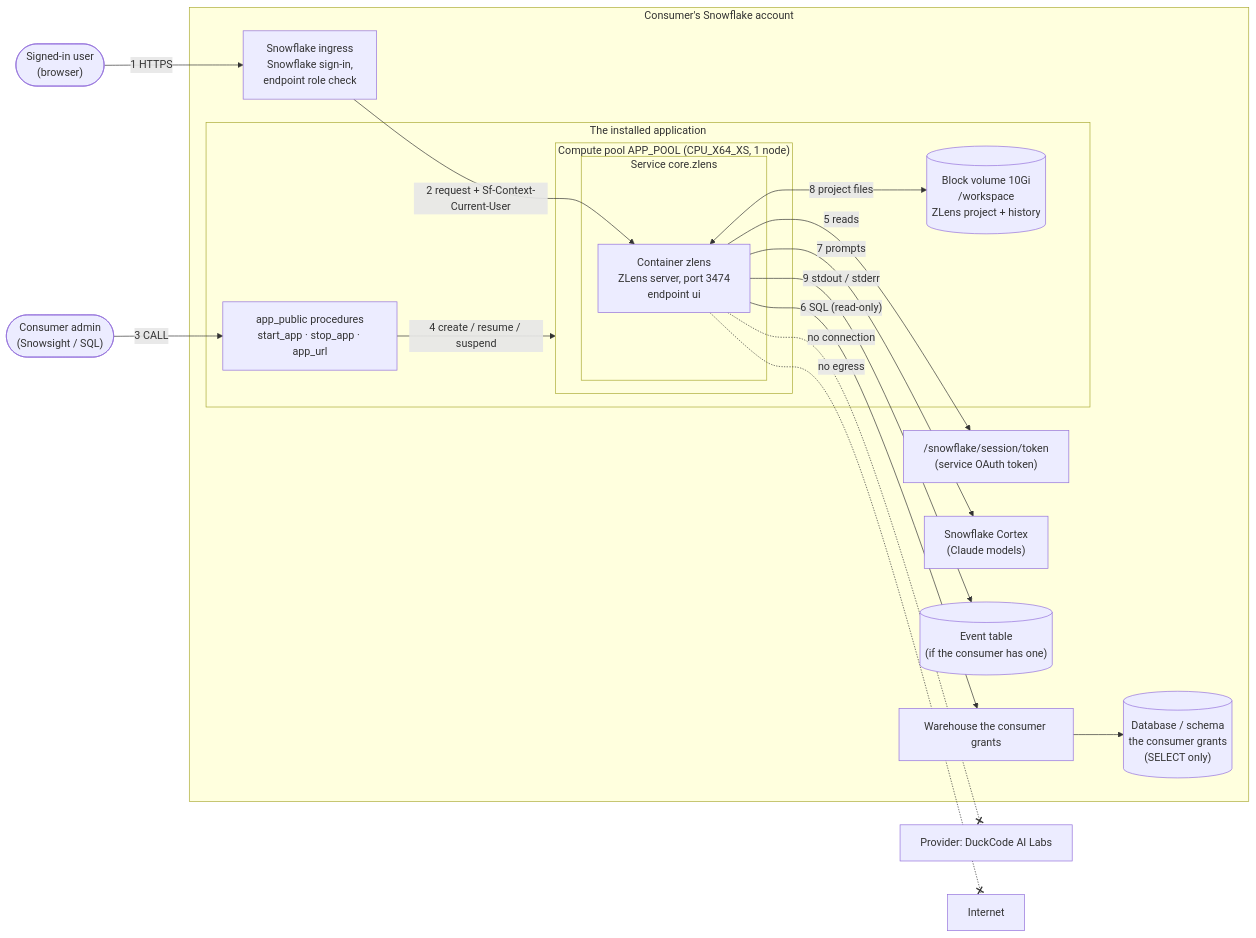
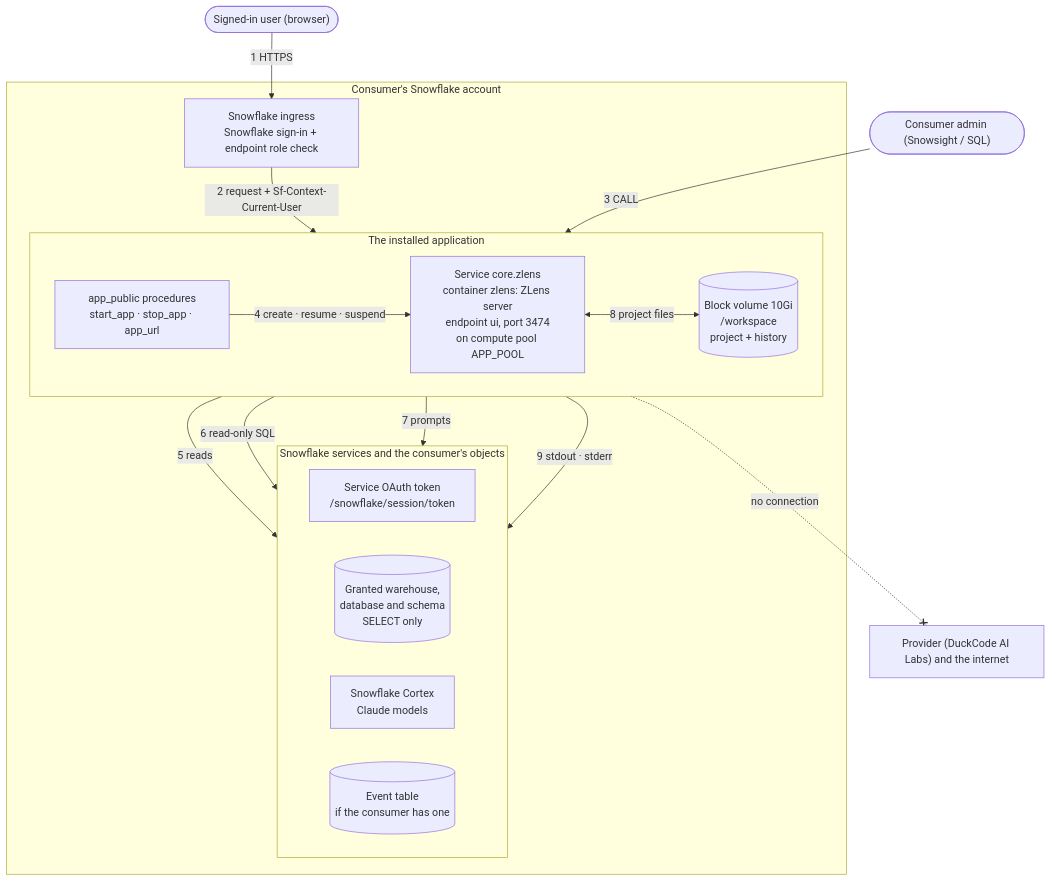
One commit to duckcode-ai-labs/zlens changed the diagram in deploy/snowflake-app/ARCHITECTURE.md. Above: the diagram before and after it, drawn with Mermaid.

Commit message:
docs(snowflake-app): top-to-bottom diagram so it stays readable at page width

````diff
--- a/deploy/snowflake-app/ARCHITECTURE.md
+++ b/deploy/snowflake-app/ARCHITECTURE.md
@@ -9,41 +9,35 @@
 ```mermaid
-flowchart LR
-  person(["Signed-in user<br/>(browser)"])
-  admin(["Consumer admin<br/>(Snowsight / SQL)"])
+flowchart TB
+  person(["Signed-in user (browser)"])
+  admin(["Consumer admin (Snowsight / SQL)"])
 
   subgraph consumer["Consumer's Snowflake account"]
-    ingress["Snowflake ingress<br/>Snowflake sign-in,<br/>endpoint role check"]
-
+    ingress["Snowflake ingress<br/>Snowflake sign-in + endpoint role check"]
     subgraph app["The installed application"]
+      direction LR
       procs["app_public procedures<br/>start_app · stop_app · app_url"]
-      subgraph pool["Compute pool APP_POOL (CPU_X64_XS, 1 node)"]
-        subgraph svc["Service core.zlens"]
-          zlens["Container zlens<br/>ZLens server, port 3474<br/>endpoint ui"]
-        end
-      end
-      volume[("Block volume 10Gi<br/>/workspace<br/>ZLens project + history")]
+      zlens["Service core.zlens<br/>container zlens: ZLens server<br/>endpoint ui, port 3474<br/>on compute pool APP_POOL"]
+      volume[("Block volume 10Gi<br/>/workspace<br/>project + history")]
     end
-
-    token["/snowflake/session/token<br/>(service OAuth token)"]
-    wh["Warehouse the consumer grants"]
-    data[("Database / schema<br/>the consumer grants<br/>(SELECT only)")]
-    cortex["Snowflake Cortex<br/>(Claude models)"]
-    events[("Event table<br/>(if the consumer has one)")]
+    subgraph objects["Snowflake services and the consumer's objects"]
+      direction LR
+      token["Service OAuth token<br/>/snowflake/session/token"]
+      data[("Granted warehouse,<br/>database and schema<br/>SELECT only")]
+      cortex["Snowflake Cortex<br/>Claude models"]
+      events[("Event table<br/>if the consumer has one")]
+    end
   end
 
-  provider["Provider: DuckCode AI Labs"]
-  internet["Internet"]
+  outside["Provider (DuckCode AI Labs) and the internet"]
 
   person -- "1 HTTPS" --> ingress
   ingress -- "2 request + Sf-Context-Current-User" --> zlens
   admin -- "3 CALL" --> procs
-  procs -- "4 create / resume / suspend" --> pool
+  procs -- "4 create · resume · suspend" --> zlens
   zlens -- "5 reads" --> token
-  zlens -- "6 SQL (read-only)" --> wh
-  wh --> data
+  zlens -- "6 read-only SQL" --> data
   zlens -- "7 prompts" --> cortex
   zlens <-- "8 project files" --> volume
-  zlens -- "9 stdout / stderr" --> events
-  zlens -. "no connection" .-x provider
-  zlens -. "no egress" .-x internet
+  zlens -- "9 stdout · stderr" --> events
+  zlens -. "no connection" .-x outside
 ```
````
